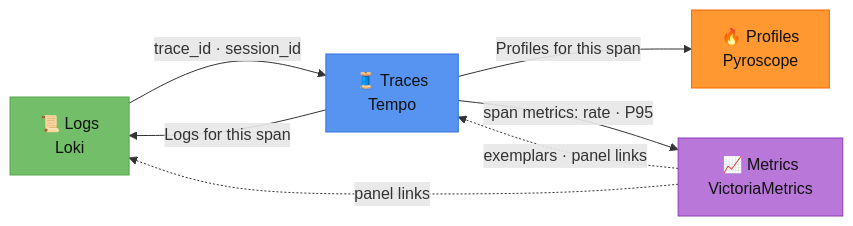
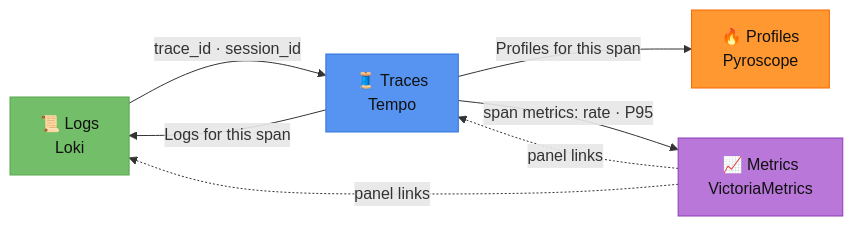
The second of 5 diagrams in README.md (eugeneliukindev/fastapi-observatory), drawn with Mermaid before and after one commit. The commit also changed other lines of this file and 8 other files, not shown here.

````diff
--- a/README.md
+++ b/README.md
@@ -207,26 +207,26 @@
 ```mermaid
 flowchart LR
     L["📜 Logs<br/>Loki"]
     T["🧵 Traces<br/>Tempo"]
     P["🔥 Profiles<br/>Pyroscope"]
     M["📈 Metrics<br/>VictoriaMetrics"]
 
     L -- "trace_id · session_id" --> T
     T -- "Logs for this span" --> L
     T -- "Profiles for this span" --> P
     T -- "span metrics: rate · P95" --> M
-    M -. "exemplars · panel links" .-> T
+    M -. "panel links" .-> T
     M -. "panel links" .-> L
 
     classDef metrics fill:#B877D9,stroke:#8F3BB8,color:#111
     classDef logs fill:#73BF69,stroke:#56A64B,color:#111
     classDef traces fill:#5794F2,stroke:#3274D9,color:#111
     classDef profiles fill:#FF9830,stroke:#FA6400,color:#111
     classDef collector fill:#F55F3E,stroke:#C4162A,color:#fff
     classDef ui fill:#F46800,stroke:#C34F00,color:#fff
     classDef source fill:#E8E8E8,stroke:#9E9E9E,color:#111
     class M metrics
     class L logs
     class T traces
     class P profiles
 ```
````
